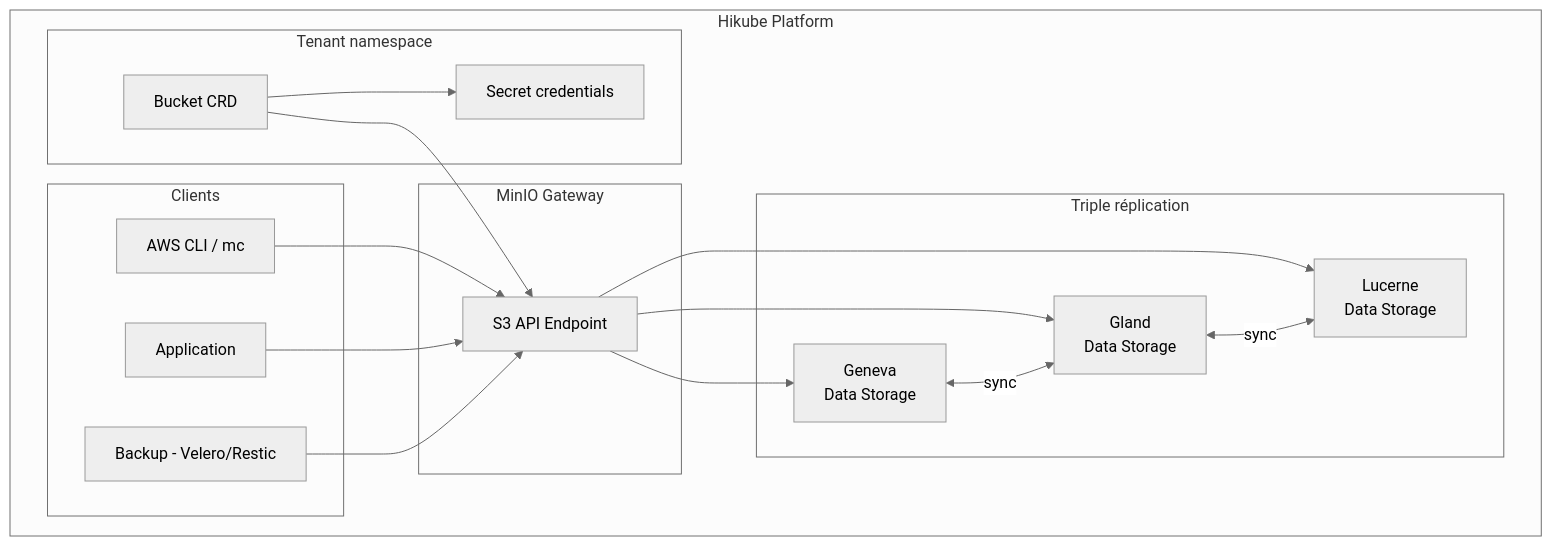
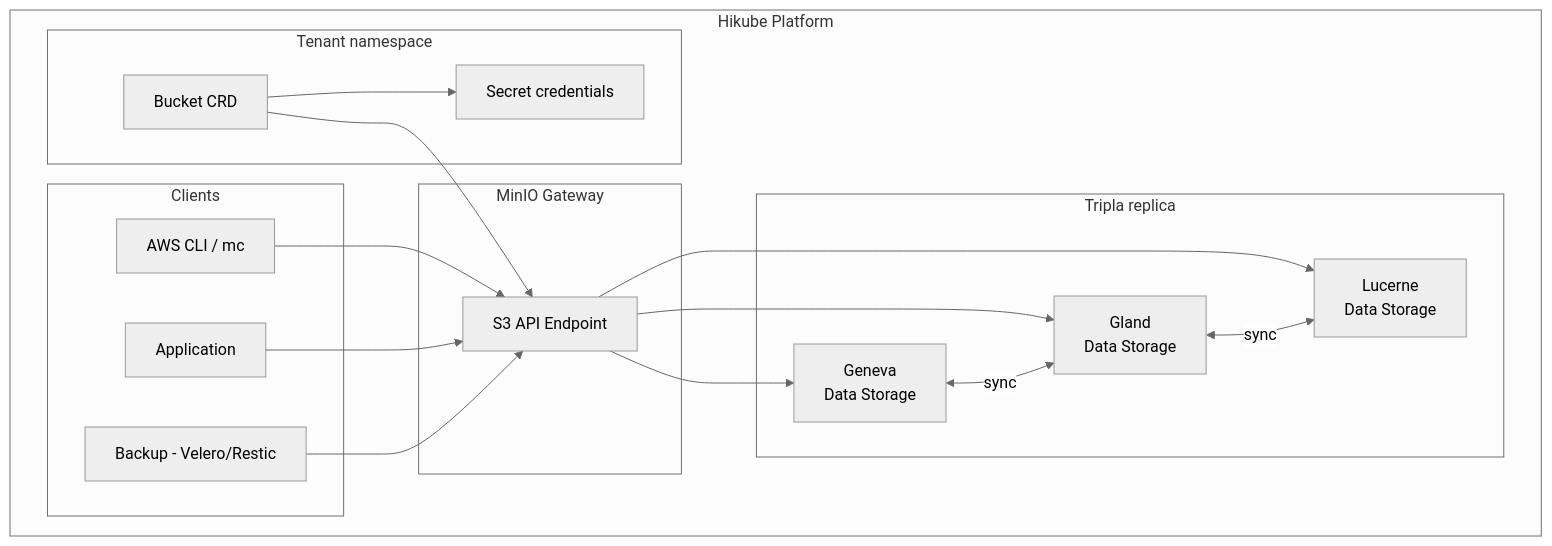
One commit to HidoraSwiss/hikube-public-doc changed the diagram in i18n/it/docusaurus-plugin-content-docs/current/services/storage/buckets/concepts.md. Above: the diagram before and after it, drawn with Mermaid (neutral theme). The commit also changed other lines of this file and 121 other files, not shown here.

````diff
--- a/i18n/it/docusaurus-plugin-content-docs/current/services/storage/buckets/concepts.md
+++ b/i18n/it/docusaurus-plugin-content-docs/current/services/storage/buckets/concepts.md
@@ -12,36 +12,36 @@
 ```mermaid
 graph TB
     subgraph "Hikube Platform"
         subgraph "Tenant namespace"
             CR[Bucket CRD]
             SEC[Secret credentials]
         end
 
         subgraph "MinIO Gateway"
             GW[S3 API Endpoint]
         end
 
-        subgraph "Triple réplication"
+        subgraph "Tripla replica"
             DC1[Geneva<br/>Data Storage]
             DC2[Gland<br/>Data Storage]
             DC3[Lucerne<br/>Data Storage]
         end
 
         subgraph "Clients"
             CLI[AWS CLI / mc]
             APP[Application]
             BKP[Backup - Velero/Restic]
         end
     end
 
     CR --> GW
     GW --> DC1
     GW --> DC2
     GW --> DC3
     DC1 <-->|sync| DC2
     DC2 <-->|sync| DC3
     CLI --> GW
     APP --> GW
     BKP --> GW
     CR --> SEC
 ```
````
